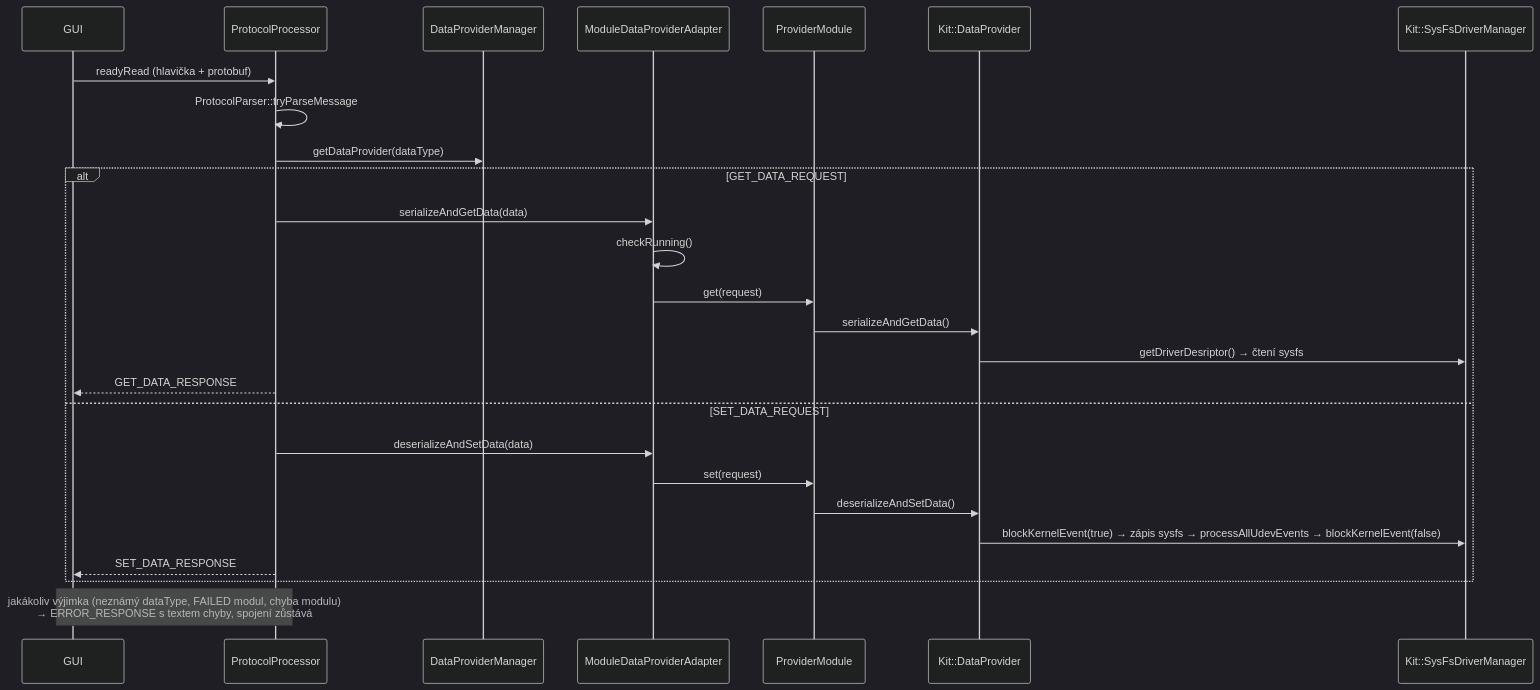
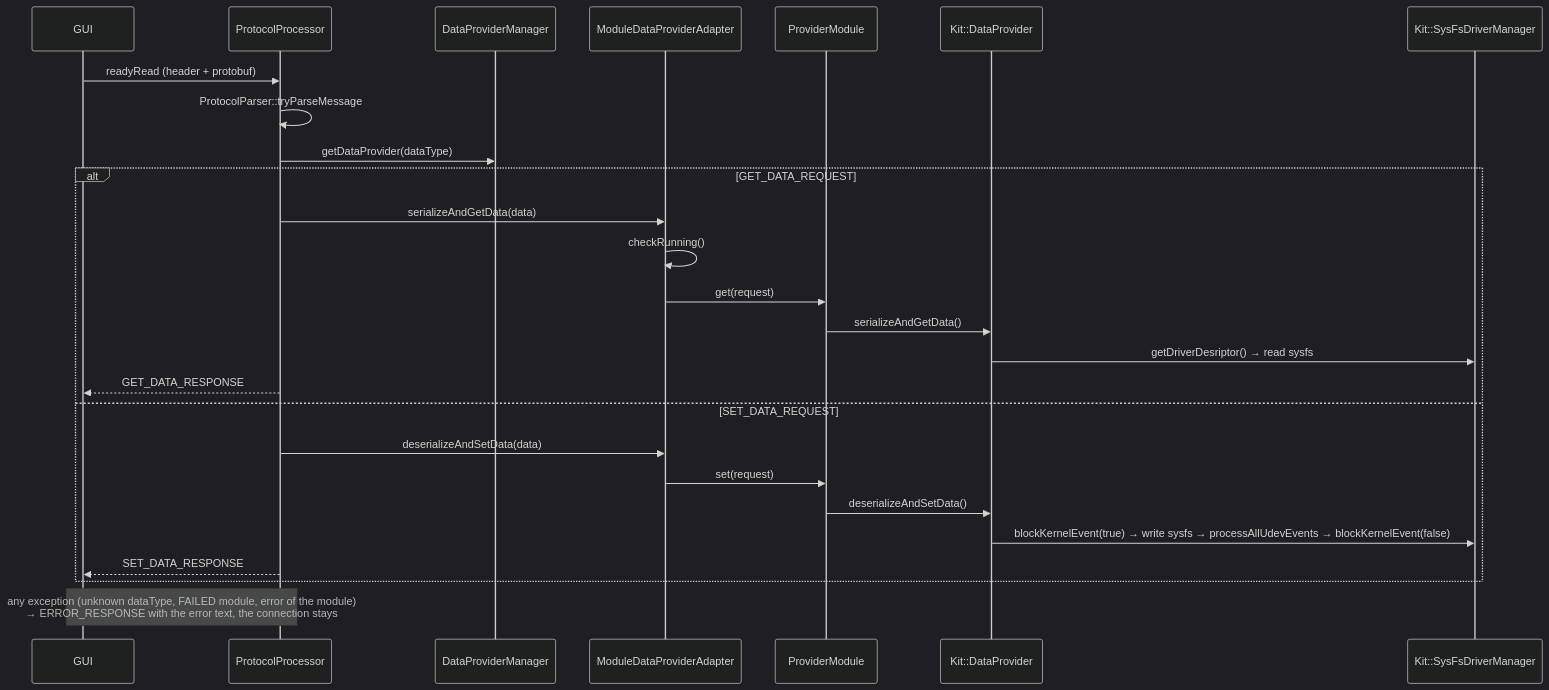
The fourth of 7 diagrams in LenovoLegion/LenovoLegion-Daemon/ModulesDesign.md (bolekjar/lenovo-legion-linux-toolkit), drawn with Mermaid (dark theme) before and after one commit. The commit also changed other lines of this file and 2 other files, not shown here.

````diff
--- a/LenovoLegion/LenovoLegion-Daemon/ModulesDesign.md
+++ b/LenovoLegion/LenovoLegion-Daemon/ModulesDesign.md
@@ -851,29 +851,29 @@
 ```mermaid
 sequenceDiagram
     participant GUI
     participant PP as ProtocolProcessor
     participant DPM as DataProviderManager
     participant A as ModuleDataProviderAdapter
     participant M as ProviderModule
     participant P as Kit::DataProvider
     participant D as Kit::SysFsDriverManager
 
-    GUI->>PP: readyRead (hlavička + protobuf)
+    GUI->>PP: readyRead (header + protobuf)
     PP->>PP: ProtocolParser::tryParseMessage
     PP->>DPM: getDataProvider(dataType)
     alt GET_DATA_REQUEST
         PP->>A: serializeAndGetData(data)
         A->>A: checkRunning()
         A->>M: get(request)
         M->>P: serializeAndGetData()
-        P->>D: getDriverDesriptor() → čtení sysfs
+        P->>D: getDriverDesriptor() → read sysfs
         PP-->>GUI: GET_DATA_RESPONSE
     else SET_DATA_REQUEST
         PP->>A: deserializeAndSetData(data)
         A->>M: set(request)
         M->>P: deserializeAndSetData()
-        P->>D: blockKernelEvent(true) → zápis sysfs → processAllUdevEvents → blockKernelEvent(false)
+        P->>D: blockKernelEvent(true) → write sysfs → processAllUdevEvents → blockKernelEvent(false)
         PP-->>GUI: SET_DATA_RESPONSE
     end
-    Note over PP,GUI: jakákoliv výjimka (neznámý dataType, FAILED modul, chyba modulu)<br/>→ ERROR_RESPONSE s textem chyby, spojení zůstává
+    Note over PP,GUI: any exception (unknown dataType, FAILED module, error of the module)<br/>→ ERROR_RESPONSE with the error text, the connection stays
 ```
````
